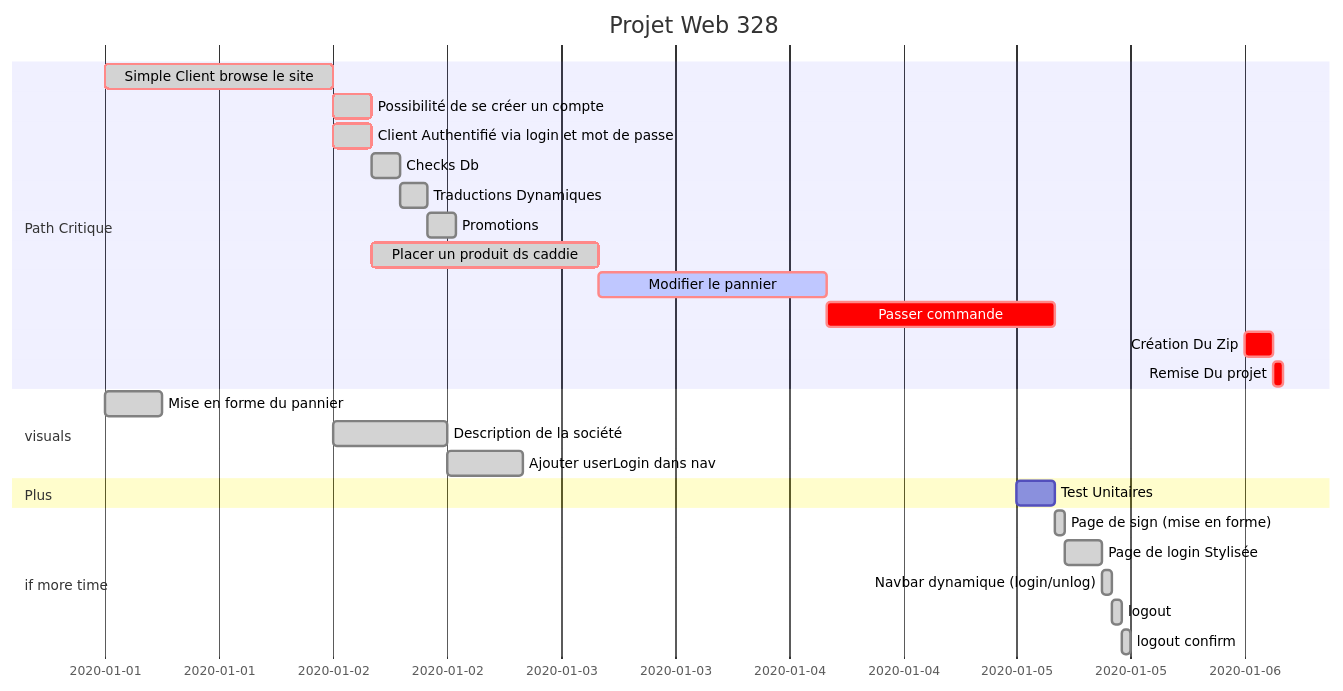
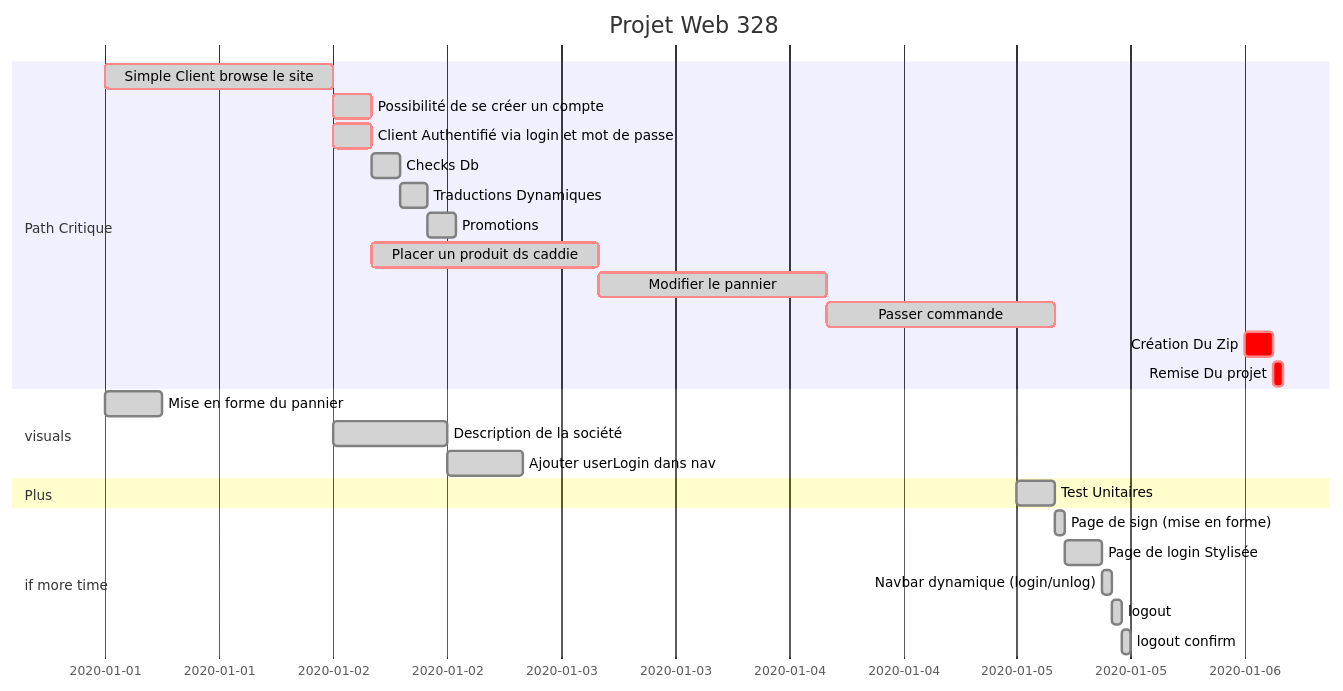
The first of 2 diagrams in Projet Spring.md (Twan0u/web_328), drawn with Mermaid before and after one commit. The commit also changed other lines of this file and 2 other files, not shown here.

````diff
--- a/Projet Spring.md
+++ b/Projet Spring.md
@@ -3,37 +3,37 @@
 ```mermaid
 gantt
         dateFormat  DD-MM-YYYY
         title Projet Web 328
 
         section Path Critique
         Simple Client browse le site 					:crit, done, simple, 01-01-2020,24h
         Possibilité de se créer un compte 				:crit, done, 4h
         Client Authentifié via login et mot de passe    :crit, done, login, after simple, 4h
         Checks Db 										:done, after login , 3h
         Traductions Dynamiques							:done, 3h
         Promotions										:done, 3h
         Placer un produit ds caddie            			:crit, done, caddie, after login, 1d
-        Modifier le pannier								:crit, active, mcad, after caddie, 1d 
-        Passer commande									:crit,cmd, after mcad, 1d
+        Modifier le pannier								:crit, done, mcad, after caddie, 1d 
+        Passer commande									:crit, done, cmd, after mcad, 1d
         Création Du Zip			           				:crit, 06-01-2020, 3h
         Remise Du projet                    			:crit, 1h
 
         section visuals
         Mise en forme du pannier						:done, 01-01-2020, 6h
 		Description de la société 						:done, v1, 02-01-2020, 12h
 		Ajouter userLogin dans nav			 			:done, 8h
 		
 
         section Plus
         
-        Test Unitaires 									:p4,05-01-2020,4h
+        Test Unitaires 									:done, p4,05-01-2020,4h
 
        
        section if more time
        Page de sign (mise en forme)						: done, after cmd, 1h
        Page de login Stylisée		            		: done, 4h
        Navbar dynamique	(login/unlog)					: done, 1h
        logout											: done, 1h
        logout confirm									: done, 1h
         
 ```
````
